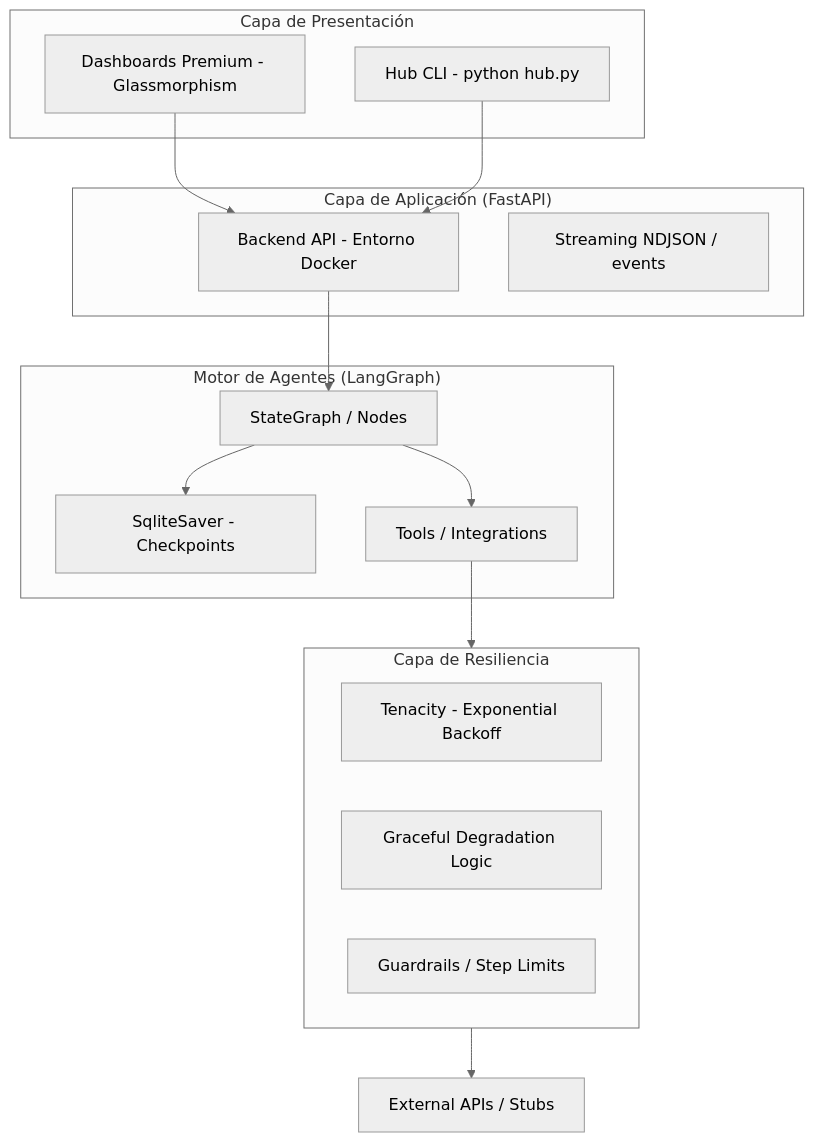
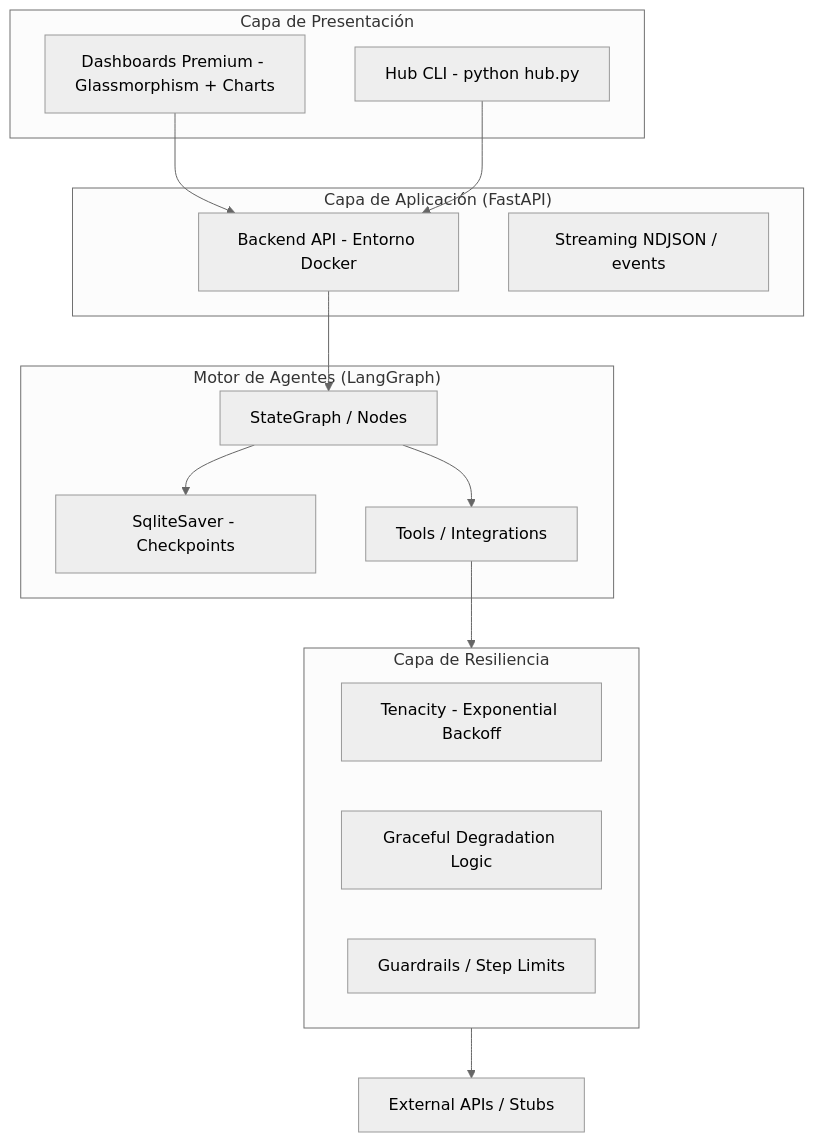
Before and after one commit to vladimiracunadev-create/langgraph-realworld: the first of 2 diagrams in docs/ARCHITECTURE.md, drawn with Mermaid (neutral theme). The commit also changed other lines of this file and 28 other files, not shown here.

Commit message:
Industrial implementation of Case 13: BI Data Analyst with SQL Generation, Dynamic Charting, and exhaustive documentation update v3.4.0

````diff
--- a/docs/ARCHITECTURE.md
+++ b/docs/ARCHITECTURE.md
@@ -24,32 +25,32 @@
 ```mermaid
 graph TD
   subgraph "Capa de Presentación"
-    UI[Dashboards Premium - Glassmorphism]
+    UI[Dashboards Premium - Glassmorphism + Charts]
     CLI[Hub CLI - python hub.py]
   end
 
   subgraph "Capa de Aplicación (FastAPI)"
     API[Backend API - Entorno Docker]
     Stream[Streaming NDJSON / events]
   end
 
   subgraph "Motor de Agentes (LangGraph)"
     LG[StateGraph / Nodes]
     Check[SqliteSaver - Checkpoints]
     Tools[Tools / Integrations]
   end
 
   subgraph Resilience ["Capa de Resiliencia"]
     Ten[Tenacity - Exponential Backoff]
     Deg[Graceful Degradation Logic]
     Guard[Guardrails / Step Limits]
   end
 
   UI --> API
   CLI --> API
   API --> LG
   LG --> Check
   LG --> Tools
   Tools --> Resilience
   Resilience --> Integrations[External APIs / Stubs]
 ```
````
